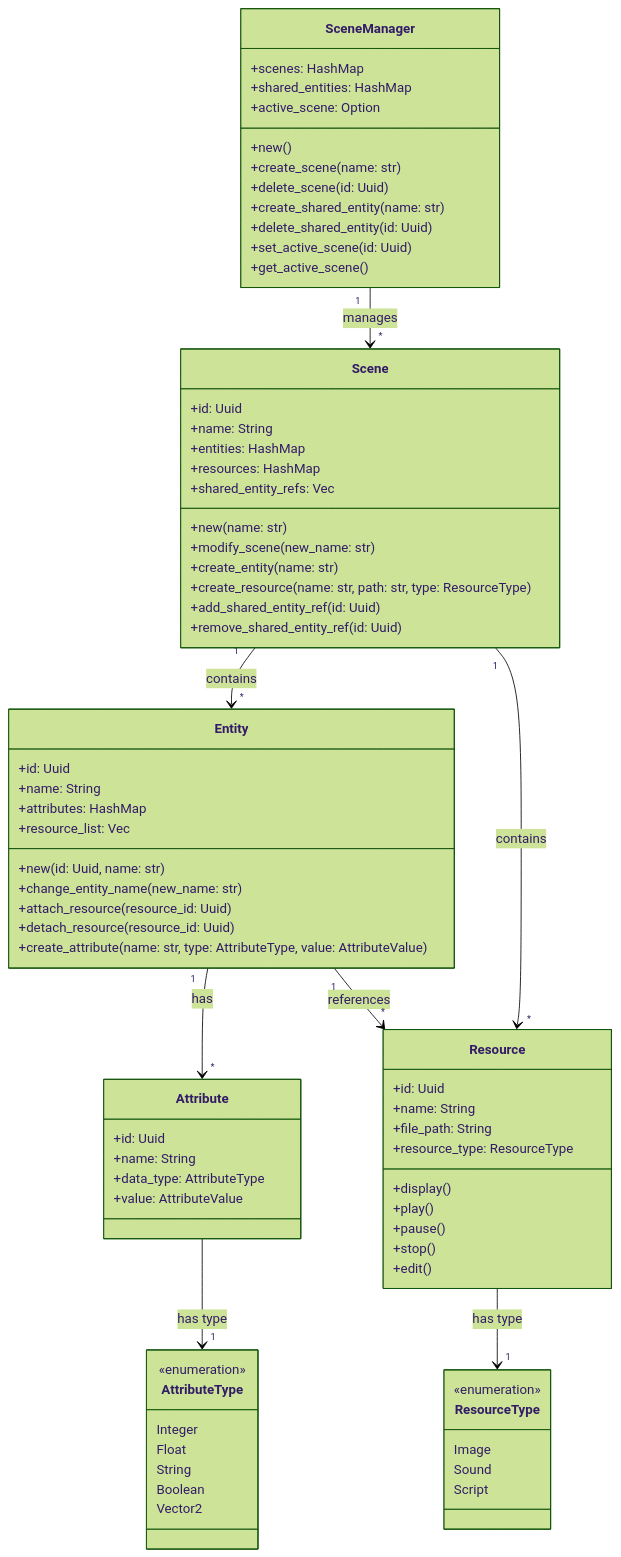
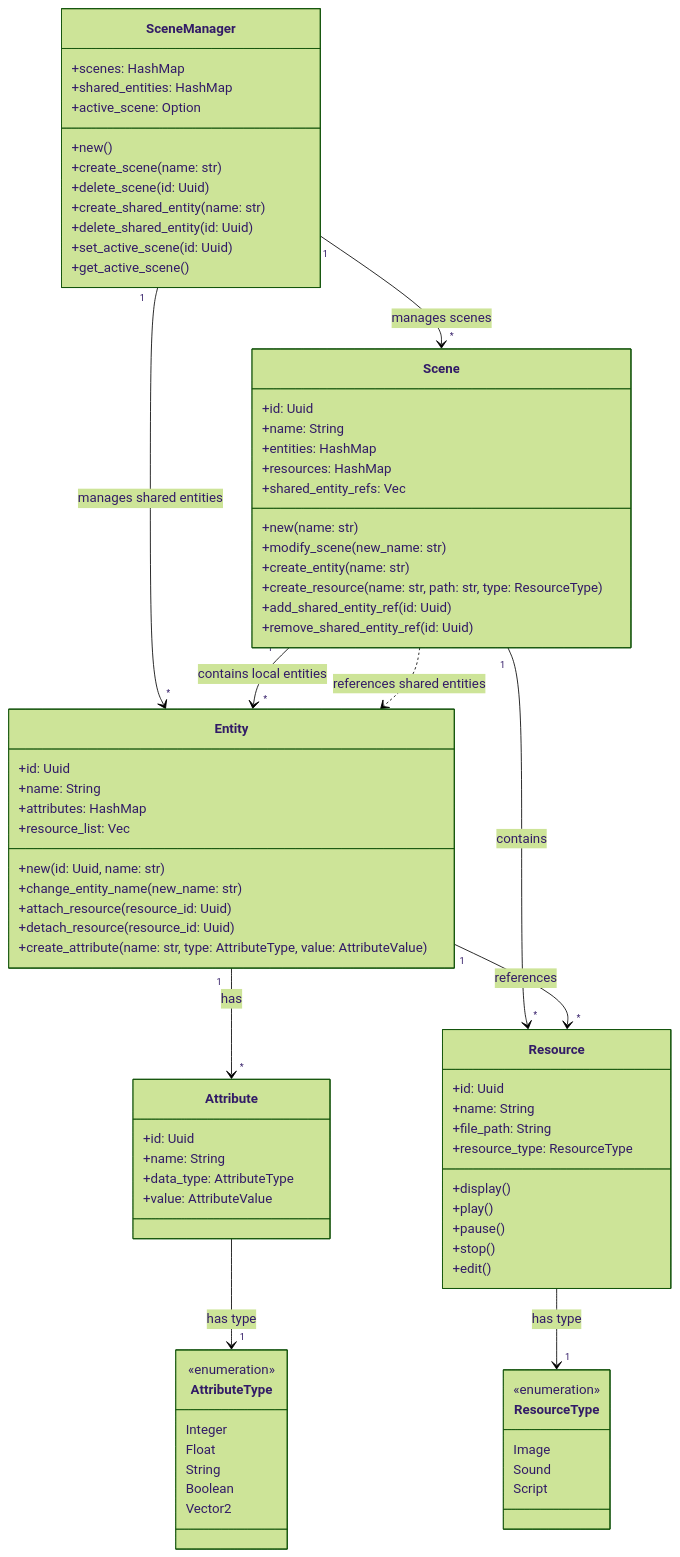
One commit to gh0stintheshe11/Rust-2D-Game-Engine changed the second of 3 diagrams in README.md. Above: the diagram before and after it, drawn with Mermaid (forest theme).

```diff
--- a/README.md
+++ b/README.md
@@ -384,8 +384,10 @@
         Vector2
     }
 
-    SceneManager "1" --> "*" Scene : manages
-    Scene "1" --> "*" Entity : contains
+    SceneManager "1" --> "*" Scene : manages scenes
+    SceneManager "1" --> "*" Entity : manages shared entities
+    Scene "1" --> "*" Entity : contains local entities
+    Scene ..> Entity : references shared entities
     Scene "1" --> "*" Resource : contains
     Entity "1" --> "*" Attribute : has
     Entity "1" --> "*" Resource : references
```
